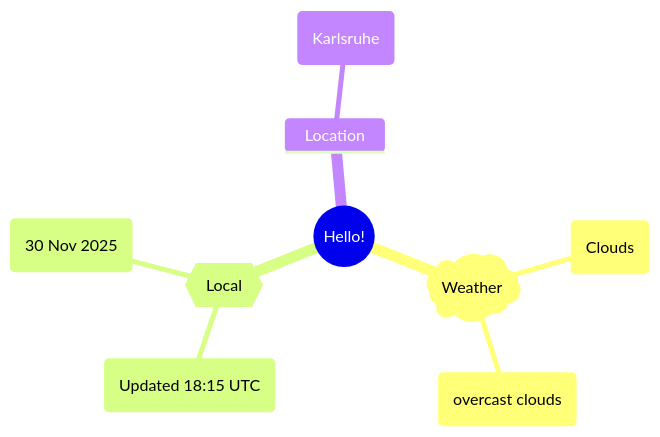
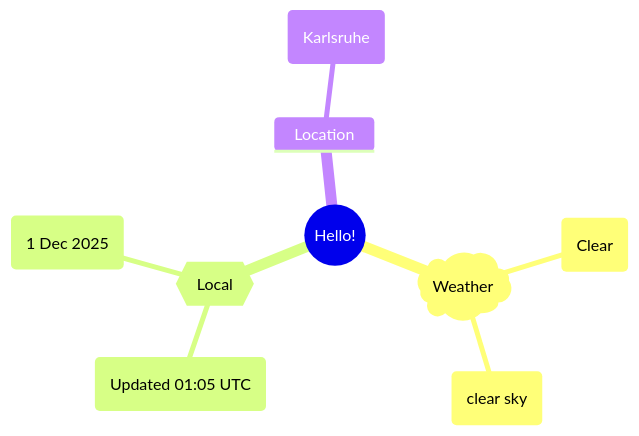
Before and after one commit to Xosrov/Xosrov: the first of 2 diagrams in README.md, drawn with Mermaid.

Commit message:
[bot] updated images

````diff
--- a/README.md
+++ b/README.md
@@ -3,12 +3,12 @@
 ```mermaid
 mindmap
   root((Hello!))
     )Weather(
-        (Clouds)
-        (overcast clouds)
+        (Clear)
+        (clear sky)
     {{Local}}
-        (Updated 18:15 UTC)
-        (30 Nov 2025)
+        (Updated 01:05 UTC)
+        (1 Dec 2025)
     Location
         (Karlsruhe)
 ```
````
